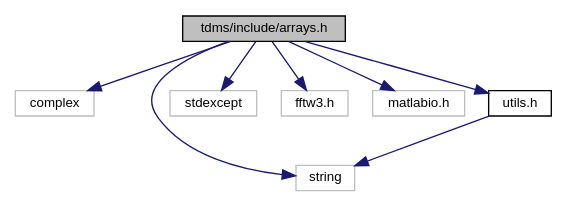
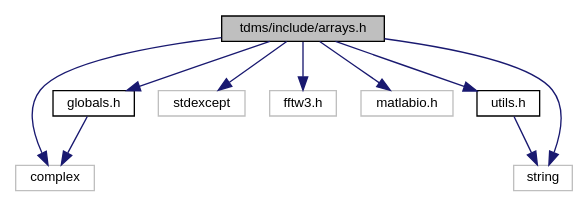
Before and after one commit to UCL/TDMS: the diagram in arrays_8h__incl.dot, drawn with Graphviz. The commit also changed 130 other files, not shown here.

```diff
--- a/arrays_8h__incl.dot
+++ b/arrays_8h__incl.dot
@@ -1,20 +1,23 @@
 digraph "tdms/include/arrays.h"
 {
  // LATEX_PDF_SIZE
   edge [fontname="Helvetica",fontsize="10",labelfontname="Helvetica",labelfontsize="10"];
   node [fontname="Helvetica",fontsize="10",shape=record];
   Node1 [label="tdms/include/arrays.h",height=0.2,width=0.4,color="black", fillcolor="grey75", style="filled", fontcolor="black",tooltip="Classes describing arrays, vertices etc."];
   Node1 -> Node2 [color="midnightblue",fontsize="10",style="solid",fontname="Helvetica"];
   Node2 [label="complex",height=0.2,width=0.4,color="grey75", fillcolor="white", style="filled",tooltip=" "];
   Node1 -> Node3 [color="midnightblue",fontsize="10",style="solid",fontname="Helvetica"];
   Node3 [label="string",height=0.2,width=0.4,color="grey75", fillcolor="white", style="filled",tooltip=" "];
   Node1 -> Node4 [color="midnightblue",fontsize="10",style="solid",fontname="Helvetica"];
   Node4 [label="stdexcept",height=0.2,width=0.4,color="grey75", fillcolor="white", style="filled",tooltip=" "];
   Node1 -> Node5 [color="midnightblue",fontsize="10",style="solid",fontname="Helvetica"];
   Node5 [label="fftw3.h",height=0.2,width=0.4,color="grey75", fillcolor="white", style="filled",tooltip=" "];
   Node1 -> Node6 [color="midnightblue",fontsize="10",style="solid",fontname="Helvetica"];
   Node6 [label="matlabio.h",height=0.2,width=0.4,color="grey75", fillcolor="white", style="filled",tooltip=" "];
   Node1 -> Node7 [color="midnightblue",fontsize="10",style="solid",fontname="Helvetica"];
   Node7 [label="utils.h",height=0.2,width=0.4,color="black", fillcolor="white", style="filled",URL="$utils_8h.html",tooltip="Useful miscellaneous utility functions."];
   Node7 -> Node3 [color="midnightblue",fontsize="10",style="solid",fontname="Helvetica"];
+  Node1 -> Node8 [color="midnightblue",fontsize="10",style="solid",fontname="Helvetica"];
+  Node8 [label="globals.h",height=0.2,width=0.4,color="black", fillcolor="white", style="filled",URL="$globals_8h.html",tooltip="Type definitions and global constants."];
+  Node8 -> Node2 [color="midnightblue",fontsize="10",style="solid",fontname="Helvetica"];
 }
```
